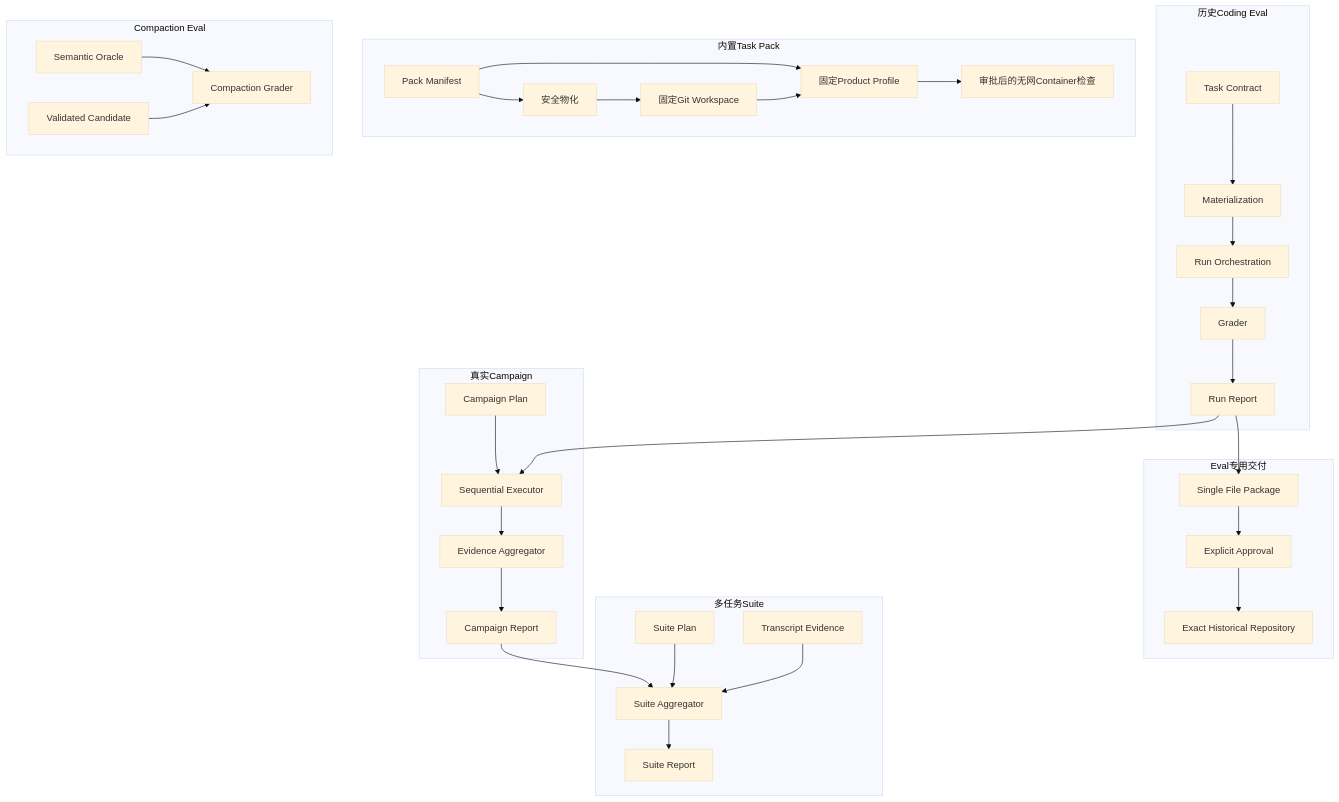
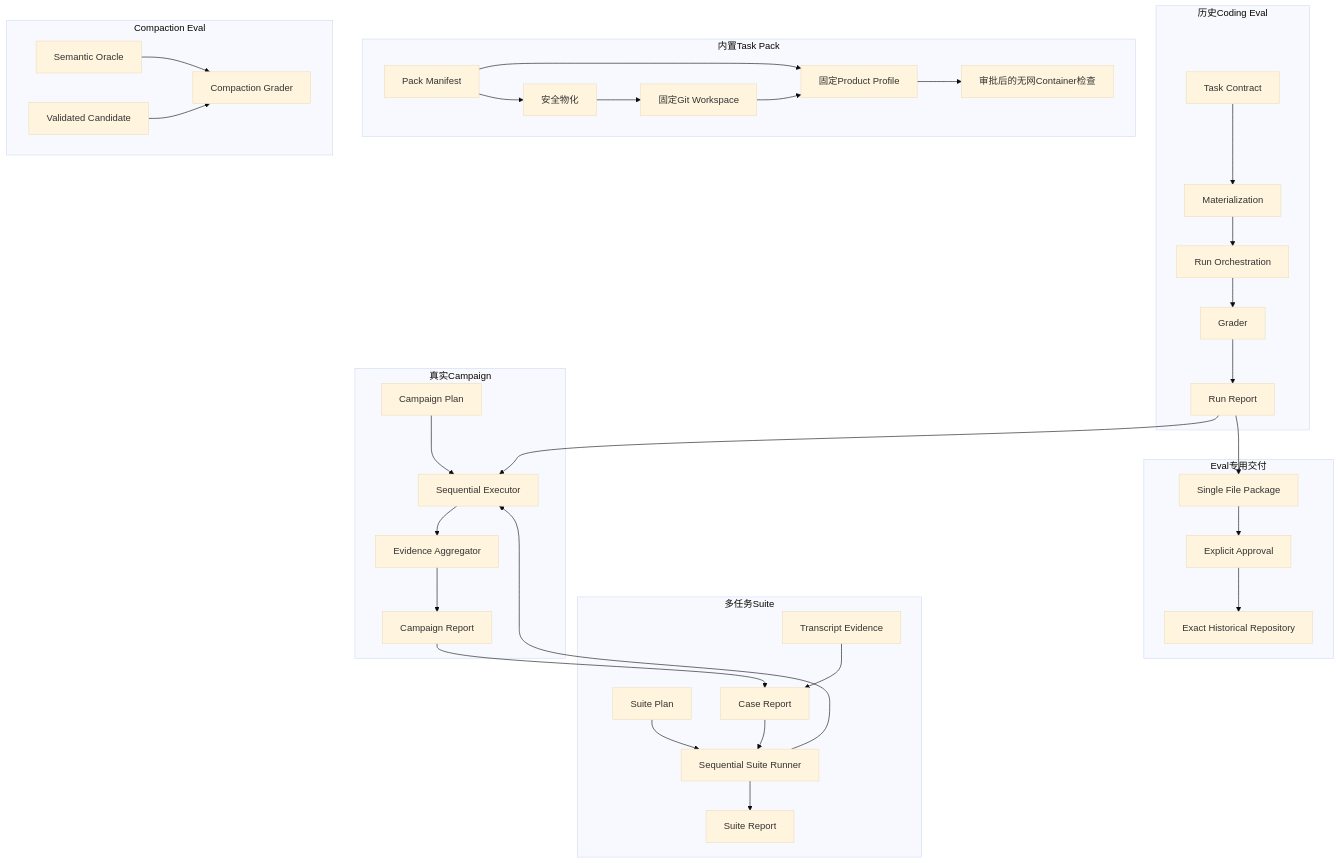
One commit to carrie1988/Harnessix changed the second of 19 diagrams in docs/modules/evals.md. Above: the diagram before and after it, drawn with Mermaid (base theme). The commit also changed other lines of this file and 31 other files, not shown here.

Commit message:
feat: 实现可恢复 Eval Suite Runner

````diff
--- a/docs/modules/evals.md
+++ b/docs/modules/evals.md
@@ -281,37 +286,39 @@
 ```mermaid
 flowchart TB
     subgraph Historical[历史Coding Eval]
         T[Task Contract] --> M[Materialization]
         M --> R[Run Orchestration]
         R --> G[Grader]
         G --> RR[Run Report]
     end
     subgraph Campaigns[真实Campaign]
         CP[Campaign Plan] --> CE[Sequential Executor]
         RR --> CE
         CE --> CA[Evidence Aggregator]
         CA --> CR[Campaign Report]
     end
     subgraph Suites[多任务Suite]
-        SP[Suite Plan] --> SA[Suite Aggregator]
-        CR --> SA
-        Transcript[Transcript Evidence] --> SA
-        SA --> SR[Suite Report]
+        SP[Suite Plan] --> SE[Sequential Suite Runner]
+        SE --> CE
+        CR --> Case[Case Report]
+        Transcript[Transcript Evidence] --> Case
+        Case --> SE
+        SE --> SR[Suite Report]
     end
     subgraph TaskPacks[内置Task Pack]
         TP[Pack Manifest] --> PM[安全物化]
         PM --> PW[固定Git Workspace]
         TP --> PP[固定Product Profile]
         PW --> PP
         PP --> PA[审批后的无网Container检查]
     end
     subgraph Compact[Compaction Eval]
         Oracle[Semantic Oracle] --> CG[Compaction Grader]
         Candidate[Validated Candidate] --> CG
     end
     subgraph LegacyDelivery[Eval专用交付]
         RR --> Package[Single File Package]
         Package --> Approval[Explicit Approval]
         Approval --> Target[Exact Historical Repository]
     end
 ```
````
